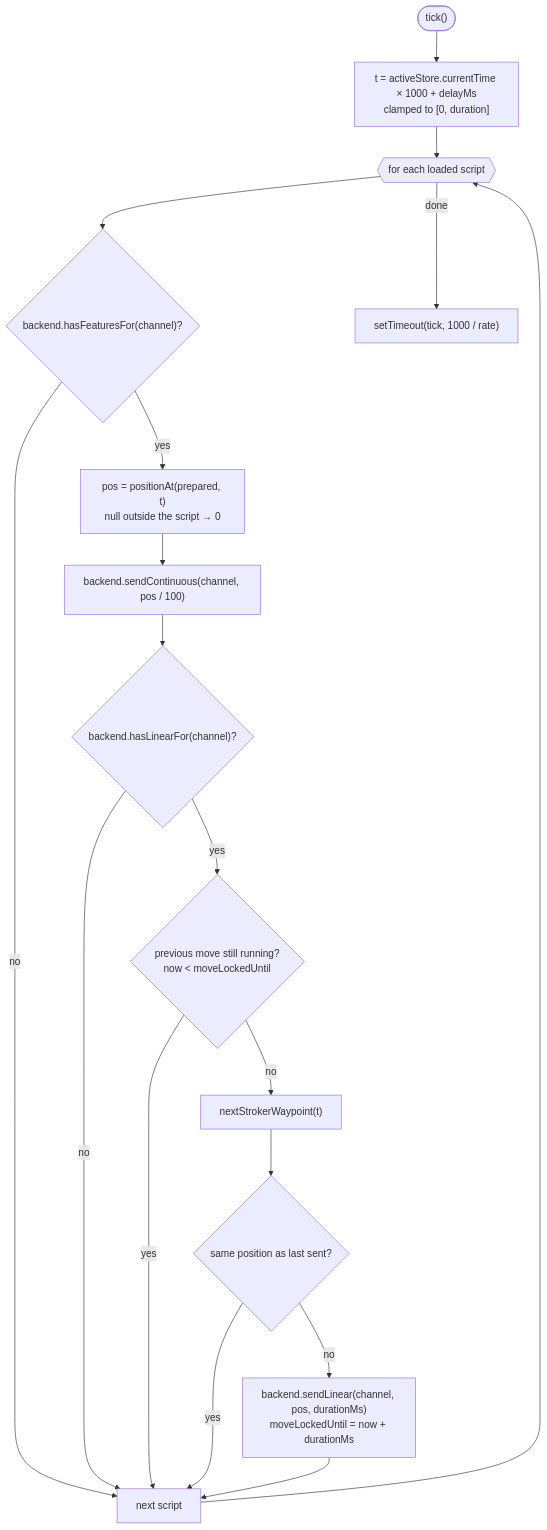
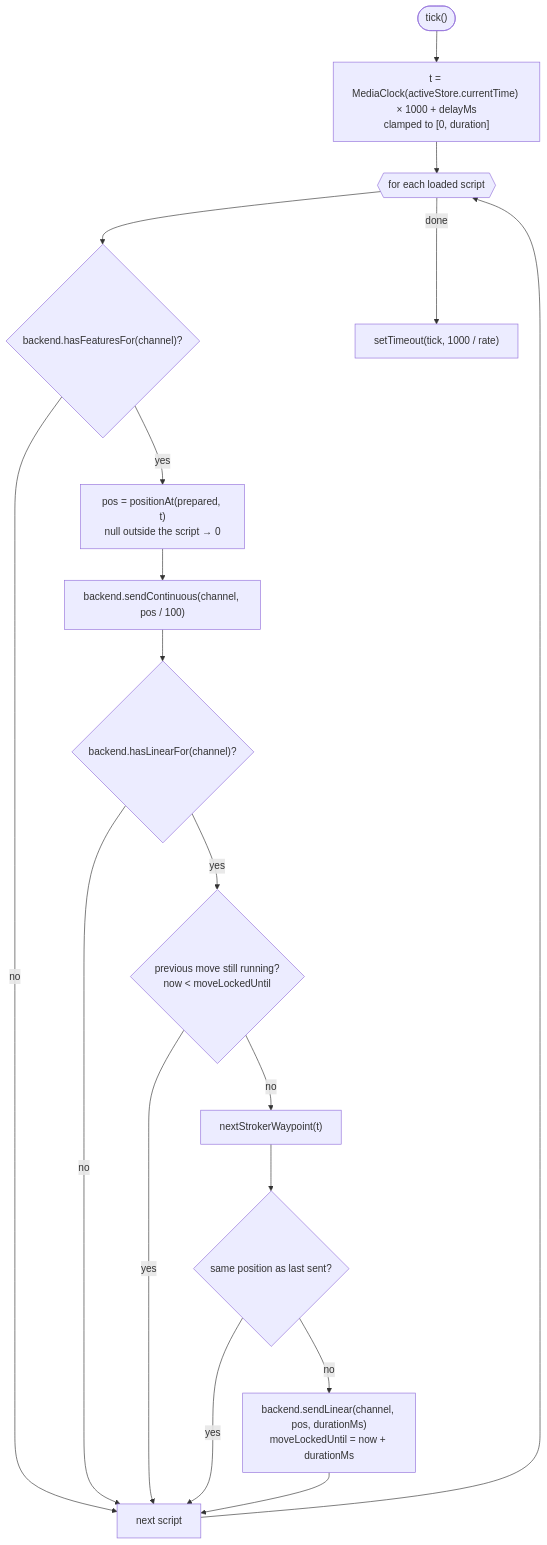
Before and after one commit to lumbar-spine-support/docker-haptic-player: the fifth of 7 diagrams in docs/developer/haptics.md, drawn with Mermaid. The commit also changed other lines of this file and 20 other files, not shown here.

````diff
--- a/docs/developer/haptics.md
+++ b/docs/developer/haptics.md
@@ -195,20 +194,20 @@
 ```mermaid
 flowchart TD
-  T(["tick()"]) --> Time["t = activeStore.currentTime × 1000 + delayMs<br/>clamped to [0, duration]"]
+  T(["tick()"]) --> Time["t = MediaClock(activeStore.currentTime) × 1000 + delayMs<br/>clamped to [0, duration]"]
   Time --> Loop{{"for each loaded script"}}
   Loop --> Has{"backend.hasFeaturesFor(channel)?"}
   Has -- no --> Next["next script"]
   Has -- yes --> Pos["pos = positionAt(prepared, t)<br/>null outside the script → 0"]
   Pos --> Cont["backend.sendContinuous(channel, pos / 100)"]
   Cont --> Lin{"backend.hasLinearFor(channel)?"}
   Lin -- no --> Next
   Lin -- yes --> Locked{"previous move still running?<br/>now < moveLockedUntil"}
   Locked -- yes --> Next
   Locked -- no --> WP["nextStrokerWaypoint(t)"]
   WP --> SamePos{"same position as last sent?"}
   SamePos -- yes --> Next
   SamePos -- no --> SendLin["backend.sendLinear(channel, pos, durationMs)<br/>moveLockedUntil = now + durationMs"]
   SendLin --> Next
   Next --> Loop
   Loop -- done --> Sched["setTimeout(tick, 1000 / rate)"]
 ```
````
